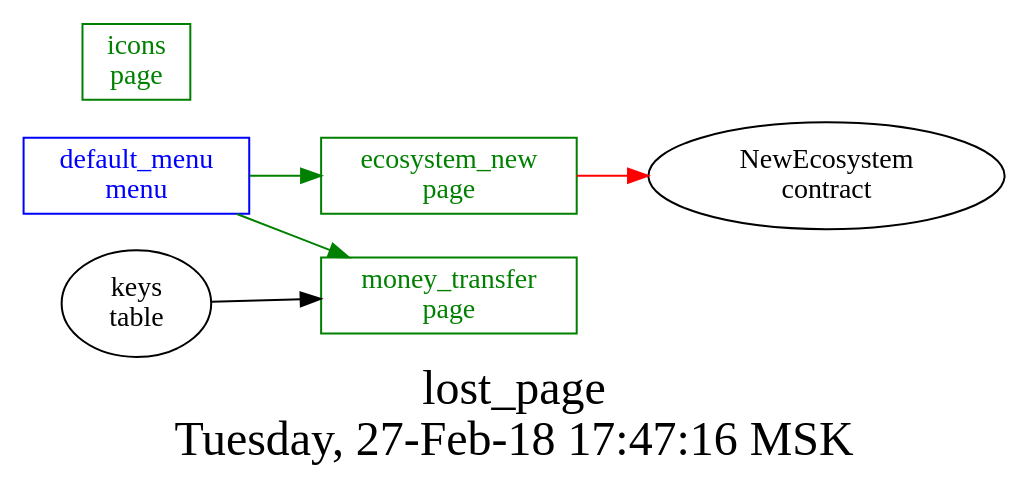
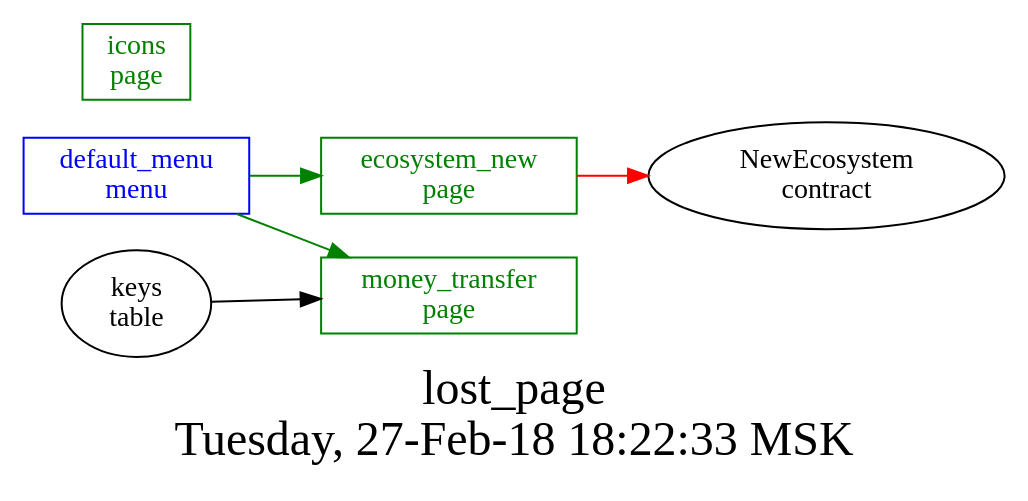
One commit to AplaProject/apps changed the diagram in src/lost_pages/struct.dot. Above: the diagram before and after it, drawn with Graphviz. The commit also changed 2 other files, not shown here.

```diff
--- a/src/lost_pages/struct.dot
+++ b/src/lost_pages/struct.dot
@@ -1,18 +1,18 @@
 digraph G {
 graph [
   fontsize="24";
-  label="lost_page\nTuesday, 27-Feb-18 17:47:16 MSK";
+  label="lost_page\nTuesday, 27-Feb-18 18:22:33 MSK";
   nojustify=true;
   ordering=out;
   rankdir=LR;
   size="30";
 ];
 "default_menu\nmenu" -> "ecosystem_new\npage"  [ color=green ]
 "default_menu\nmenu" -> "money_transfer\npage"  [ color=green ]
 "default_menu\nmenu" [color=blue, fontcolor=blue, group=menus, shape=record];
 "ecosystem_new\npage" -> "NewEcosystem\ncontract"  [ color=red ]
 "ecosystem_new\npage" [color=green, fontcolor=green, group=pages, shape=record];
 "icons\npage" [color=green, fontcolor=green, group=pages, shape=record];
 "keys\ntable" -> "money_transfer\npage"  [ color="" ]
 "money_transfer\npage" [color=green, fontcolor=green, group=pages, shape=record];
 }
```
